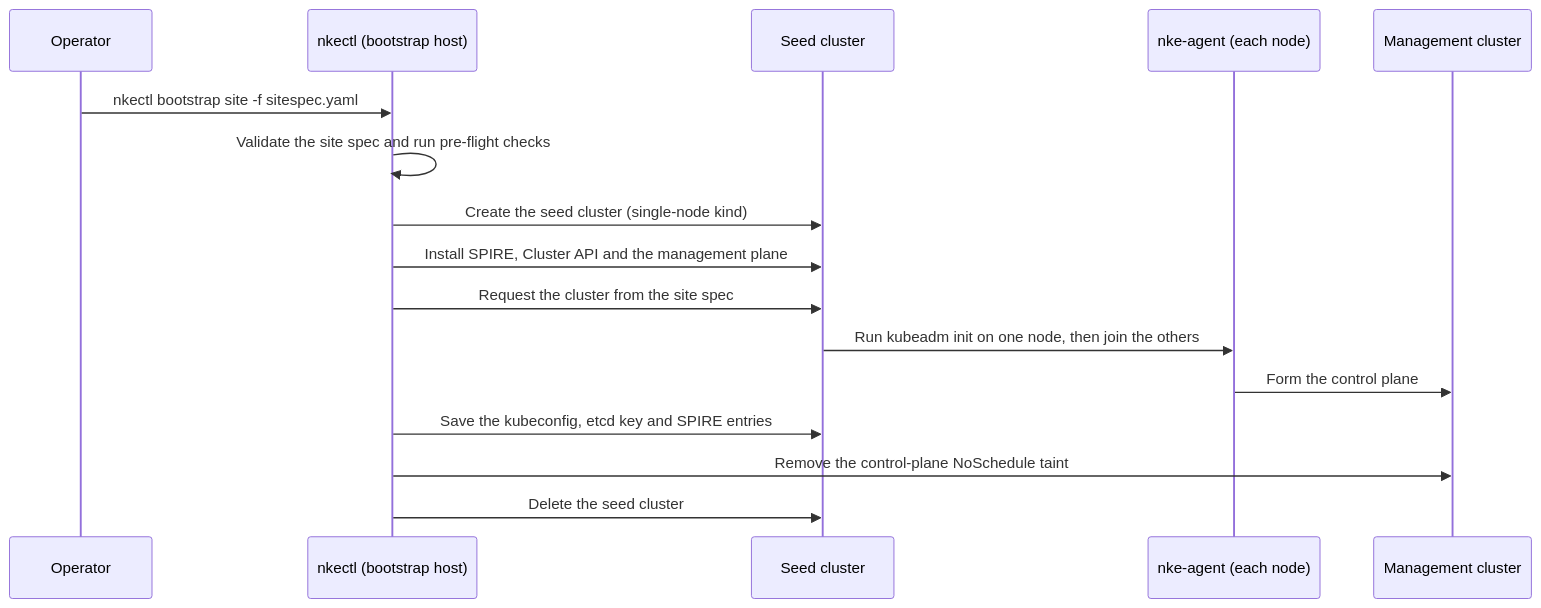
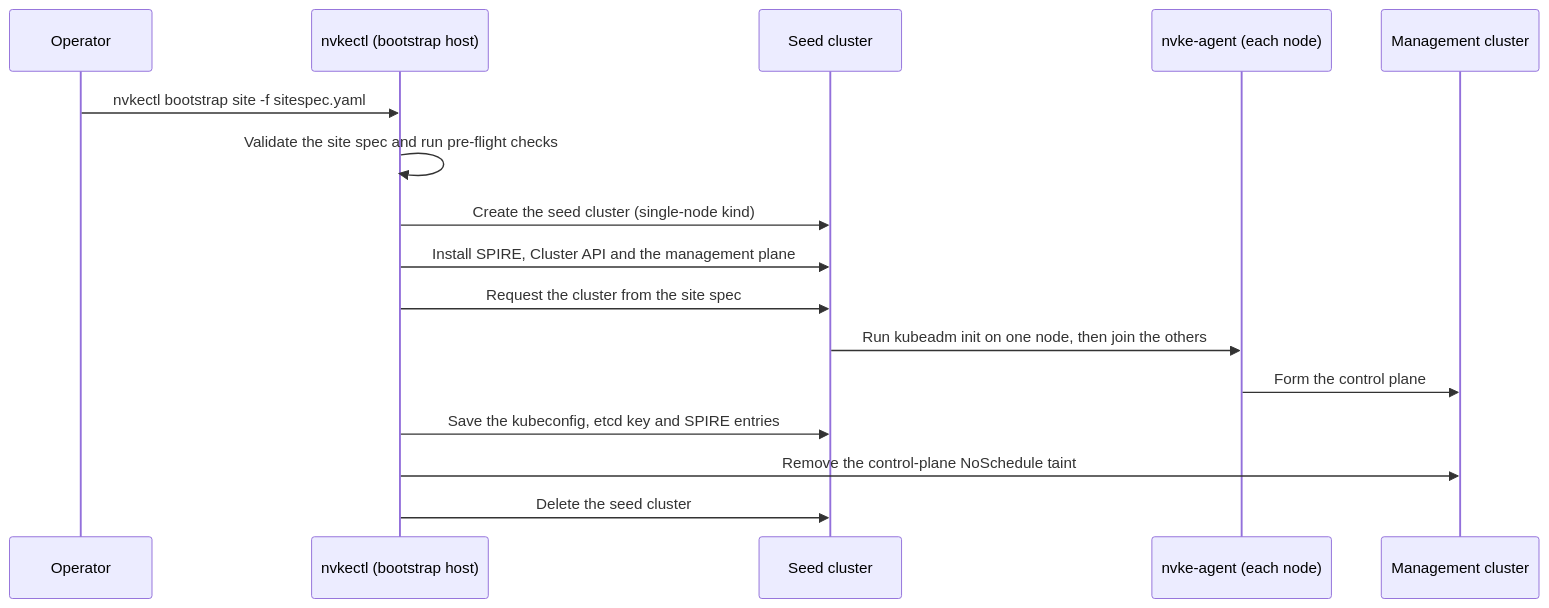
The diagram in docs/operate/bootstrap-management-cluster.md (dsx-ai-factory/nvke), drawn with Mermaid before and after one commit. The commit also changed other lines of this file and 17 other files, not shown here.

First line of the commit message:
docs: say NVKE and nvkectl in the launch pages, and index them

````diff
--- a/docs/operate/bootstrap-management-cluster.md
+++ b/docs/operate/bootstrap-management-cluster.md
@@ -143,19 +143,19 @@
 ```mermaid
 sequenceDiagram
     participant Op as Operator
-    participant Ctl as nkectl (bootstrap host)
+    participant Ctl as nvkectl (bootstrap host)
     participant Seed as Seed cluster
-    participant Agent as nke-agent (each node)
+    participant Agent as nvke-agent (each node)
     participant Mgmt as Management cluster
 
-    Op->>Ctl: nkectl bootstrap site -f sitespec.yaml
+    Op->>Ctl: nvkectl bootstrap site -f sitespec.yaml
     Ctl->>Ctl: Validate the site spec and run pre-flight checks
     Ctl->>Seed: Create the seed cluster (single-node kind)
     Ctl->>Seed: Install SPIRE, Cluster API and the management plane
     Ctl->>Seed: Request the cluster from the site spec
     Seed->>Agent: Run kubeadm init on one node, then join the others
     Agent->>Mgmt: Form the control plane
     Ctl->>Seed: Save the kubeconfig, etcd key and SPIRE entries
     Ctl->>Mgmt: Remove the control-plane NoSchedule taint
     Ctl->>Seed: Delete the seed cluster
 ```
````
